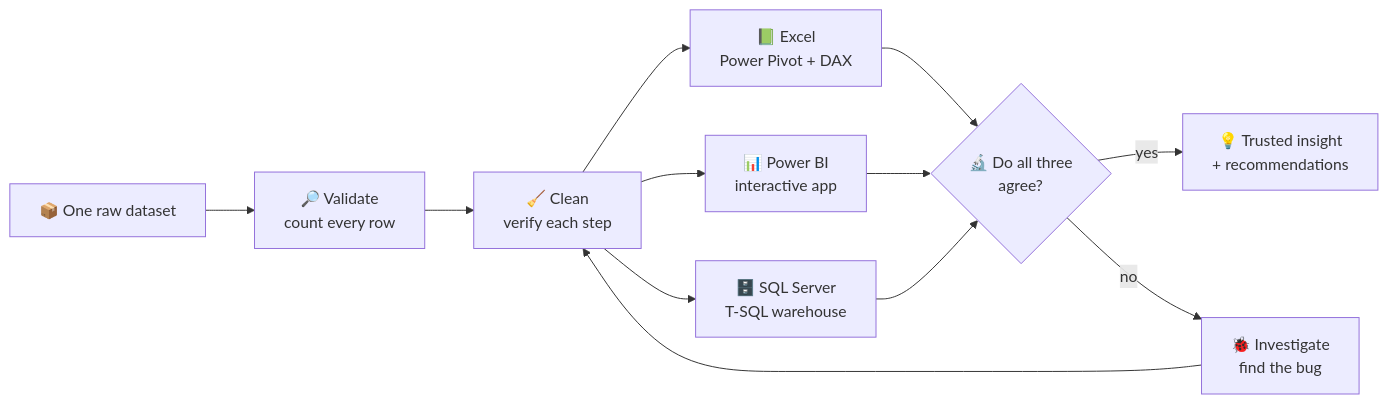
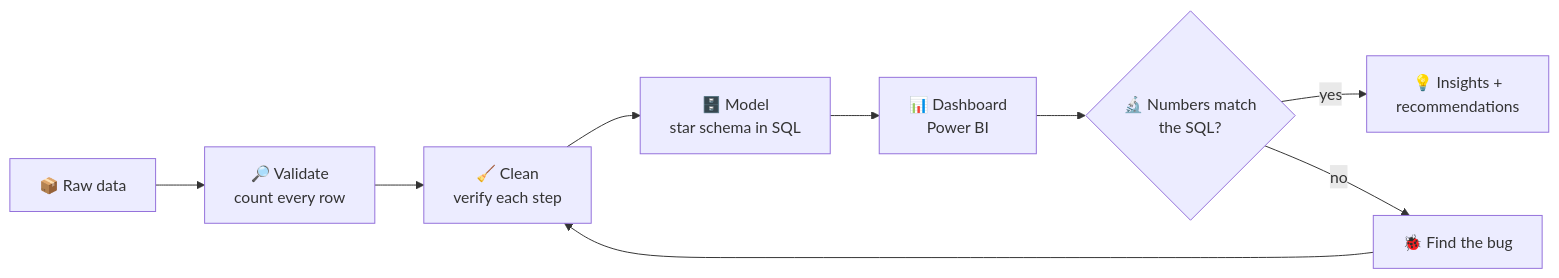
Before and after one commit to shivanand-Mathapati-Analyst/Shivanand-Mathapati-Analyst: the diagram in README.md, drawn with Mermaid. The commit also changed other lines of this file, not shown here.

````diff
--- a/README.md
+++ b/README.md
@@ -72,14 +71,11 @@
 ```mermaid
 flowchart LR
-    A[📦 One raw dataset] --> B[🔎 Validate<br/>count every row]
+    A[📦 Raw data] --> B[🔎 Validate<br/>count every row]
     B --> C[🧹 Clean<br/>verify each step]
-    C --> D[📗 Excel<br/>Power Pivot + DAX]
-    C --> E[📊 Power BI<br/>interactive app]
-    C --> F[🗄️ SQL Server<br/>T-SQL warehouse]
-    D --> G{🔬 Do all three<br/>agree?}
-    E --> G
-    F --> G
-    G -->|yes| H[💡 Trusted insight<br/>+ recommendations]
-    G -->|no| I[🐞 Investigate<br/>find the bug]
-    I --> C
+    C --> D[🗄️ Model<br/>star schema in SQL]
+    D --> E[📊 Dashboard<br/>Power BI]
+    E --> F{🔬 Numbers match<br/>the SQL?}
+    F -->|yes| G[💡 Insights +<br/>recommendations]
+    F -->|no| H[🐞 Find the bug]
+    H --> C
 ```
````
